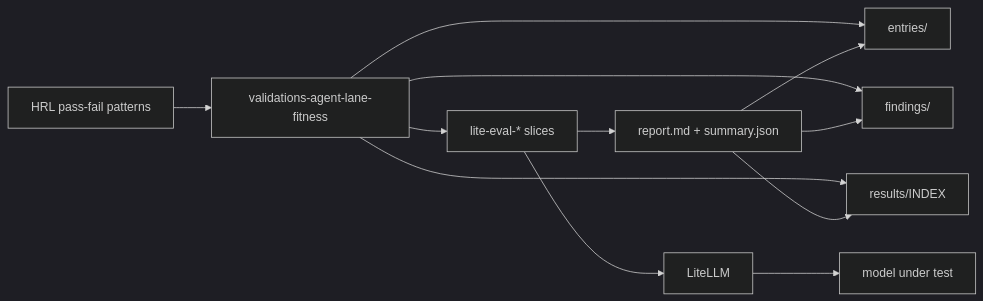
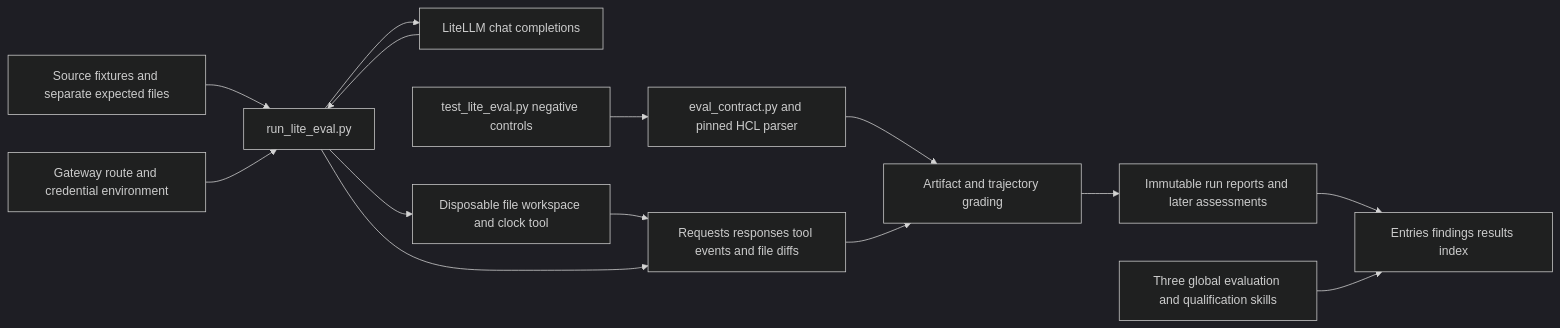
The first of 3 diagrams in docs/plans/2026-09-10--validations-agent-lane-fitness/README.md (doesitscript/dotfile-vnext), drawn with Mermaid (dark theme) before and after one commit. The commit also changed other lines of this file and 329 other files, not shown here.

Commit message:
test(agent-lanes): add evidence-backed evaluation and repair archives

````diff
--- a/docs/plans/2026-09-10--validations-agent-lane-fitness/README.md
+++ b/docs/plans/2026-09-10--validations-agent-lane-fitness/README.md
@@ -158,21 +97,16 @@
 ```mermaid
 flowchart LR
-  hrl[HRL pass-fail patterns]
-  plan[validations-agent-lane-fitness]
-  entries[entries/]
-  findings[findings/]
-  resultsIdx[results/INDEX]
-  lite[lite-eval-* slices]
-  gw[LiteLLM]
-  model[model under test]
-  hrl --> plan
-  plan --> entries
-  plan --> findings
-  plan --> resultsIdx
-  plan --> lite
-  lite --> gw --> model
-  lite --> report[report.md + summary.json]
-  report --> entries
-  report --> findings
-  report --> resultsIdx
+  fixtures[Source fixtures and separate expected files] --> runner[run_lite_eval.py]
+  env[Gateway route and credential environment] --> runner
+  runner --> api[LiteLLM chat completions]
+  api --> runner
+  runner --> workspace[Disposable file workspace and clock tool]
+  workspace --> traces[Requests responses tool events and file diffs]
+  runner --> traces
+  parser[eval_contract.py and pinned HCL parser] --> grading[Artifact and trajectory grading]
+  traces --> grading
+  grading --> reports[Immutable run reports and later assessments]
+  reports --> indexes[Entries findings results index]
+  skills[Three global evaluation and qualification skills] --> indexes
+  tests[test_lite_eval.py negative controls] --> parser
 ```
````
